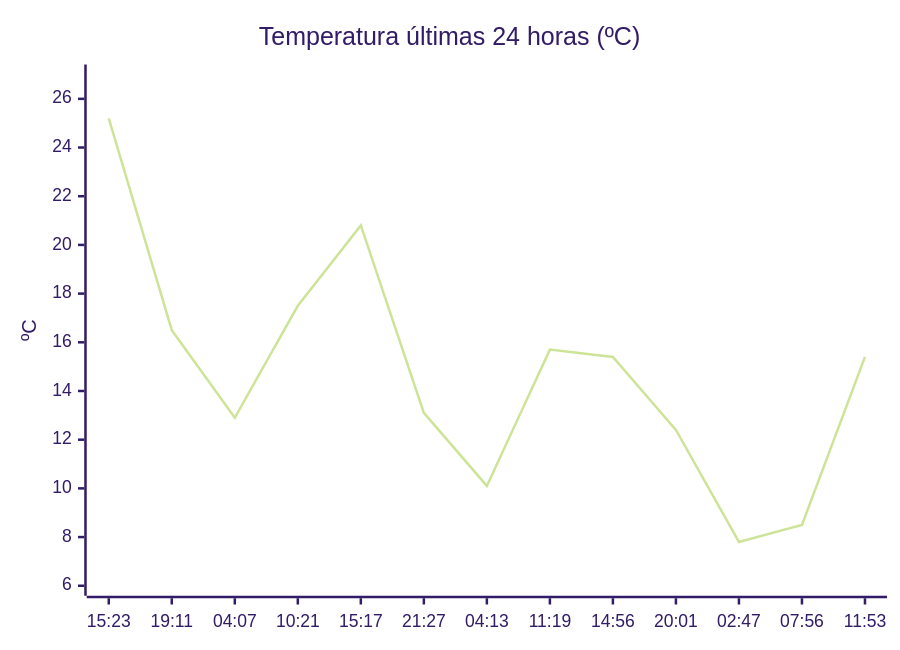
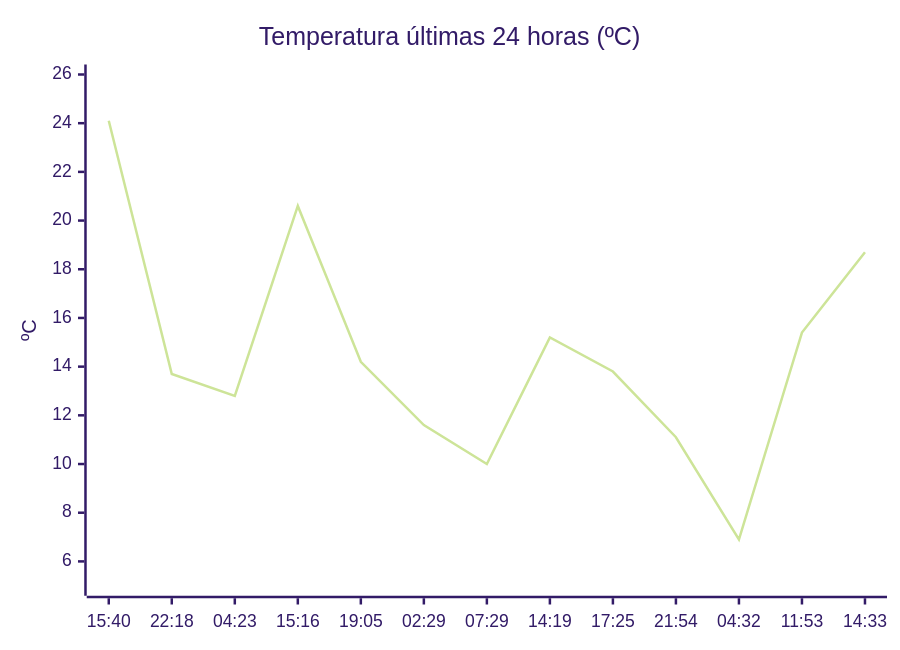
Before and after one commit to solidsnk86/rem-scrap: the diagram in README.md, drawn with Mermaid (forest theme). The commit also changed other lines of this file, not shown here.

````diff
--- a/README.md
+++ b/README.md
@@ -32,7 +32,7 @@
 ```mermaid
 xychart-beta
     title "Temperatura últimas 24 horas (ºC)"
-    x-axis ["15:23", "19:11", "04:07", "10:21", "15:17", "21:27", "04:13", "11:19", "14:56", "20:01", "02:47", "07:56", "11:53"]
-    y-axis "ºC" 6 --> 27
-    line [25.2, 16.5, 12.9, 17.5, 20.8, 13.1, 10.1, 15.7, 15.4, 12.4, 7.8, 8.5, 15.4]
+    x-axis ["15:40", "22:18", "04:23", "15:16", "19:05", "02:29", "07:29", "14:19", "17:25", "21:54", "04:32", "11:53", "14:33"]
+    y-axis "ºC" 5 --> 26
+    line [24.1, 13.7, 12.8, 20.6, 14.2, 11.6, 10, 15.2, 13.8, 11.1, 6.9, 15.4, 18.7]
 ```
````
